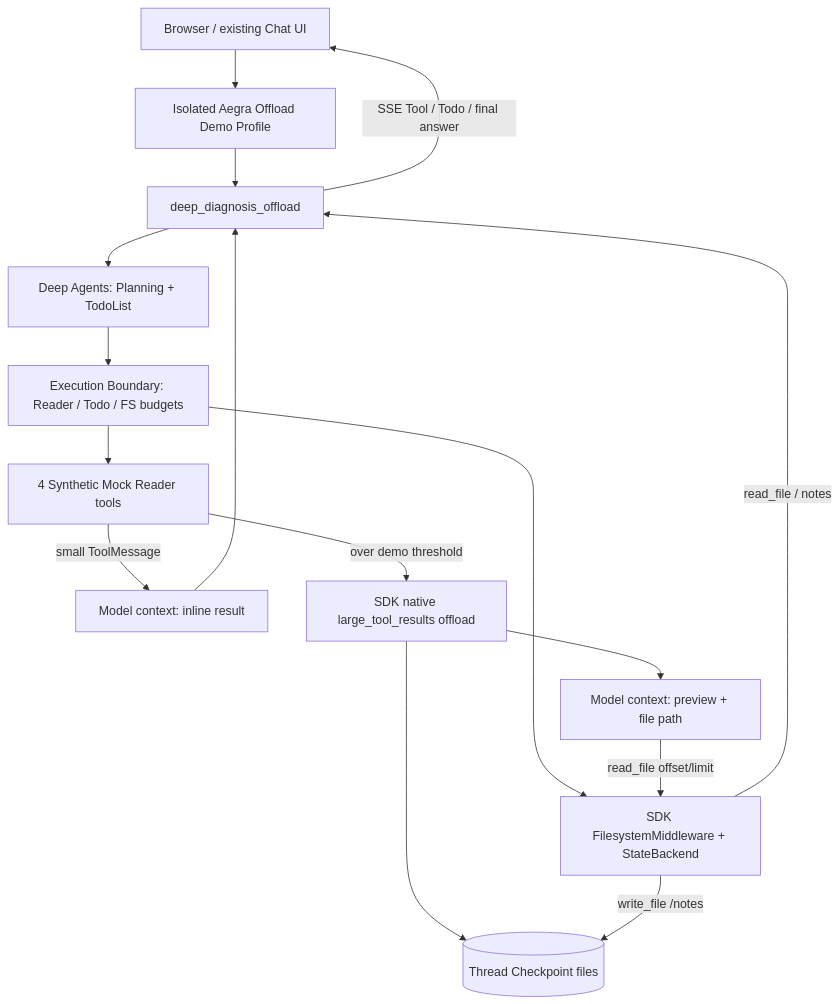
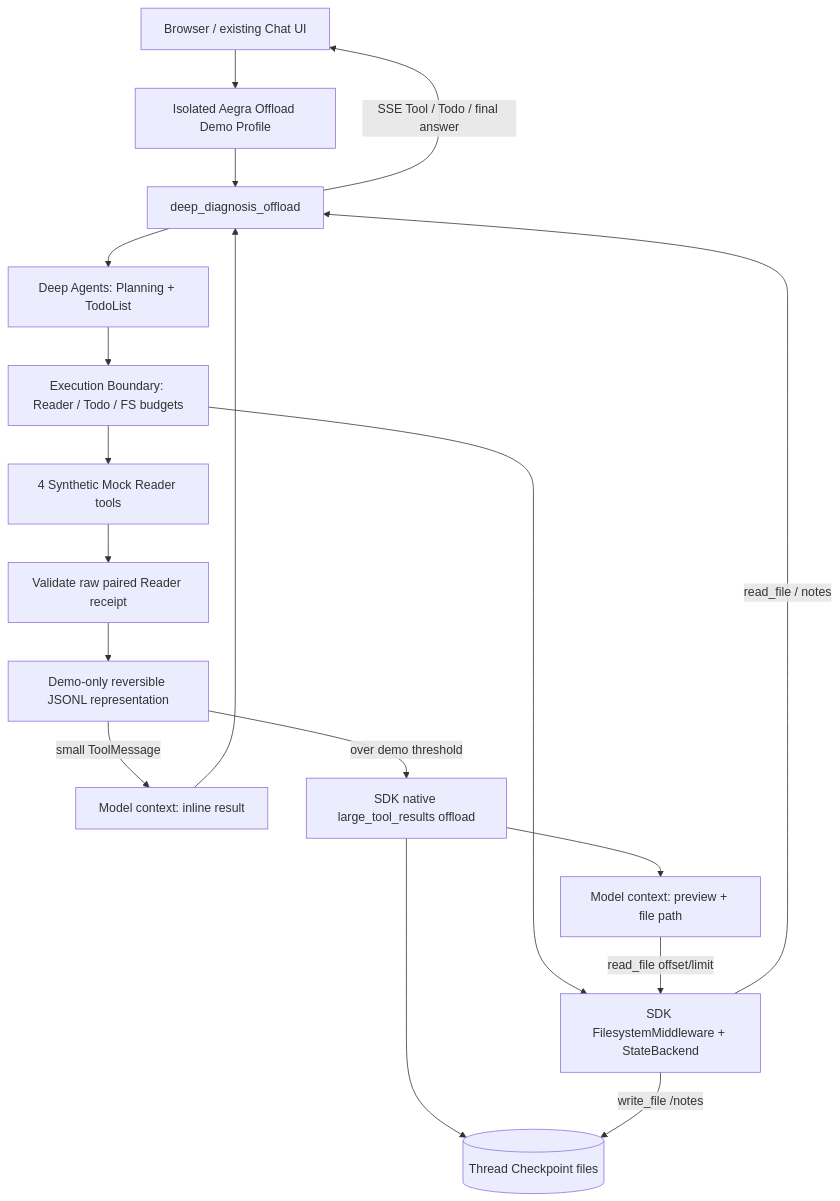
The diagram in docs/plans/issue-69-deepagents-filesystem-offloading-demo.md (Vc-great/kube-triage-agent), drawn with Mermaid before and after one commit. The commit also changed other lines of this file, not shown here.

```diff
--- a/docs/plans/issue-69-deepagents-filesystem-offloading-demo.md
+++ b/docs/plans/issue-69-deepagents-filesystem-offloading-demo.md
@@ -53,18 +62,20 @@
 ~~~mermaid
 flowchart TD
     U[Browser / existing Chat UI] --> R[Isolated Aegra Offload Demo Profile]
     R --> G[deep_diagnosis_offload]
     G --> P[Deep Agents: Planning + TodoList]
     P --> B[Execution Boundary: Reader / Todo / FS budgets]
     B --> M[SDK FilesystemMiddleware + StateBackend]
     B --> K[4 Synthetic Mock Reader tools]
-    K -->|small ToolMessage| L[Model context: inline result]
-    K -->|over demo threshold| O[SDK native large_tool_results offload]
+    K --> V[Validate raw paired Reader receipt]
+    V --> E[Demo-only reversible JSONL representation]
+    E -->|small ToolMessage| L[Model context: inline result]
+    E -->|over demo threshold| O[SDK native large_tool_results offload]
     O --> S[(Thread Checkpoint files)]
     O --> Q[Model context: preview + file path]
     M -->|write_file /notes| S
     Q -->|read_file offset/limit| M
     M -->|read_file / notes| G
     L --> G
     G -->|SSE Tool / Todo / final answer| U
 ~~~
```
